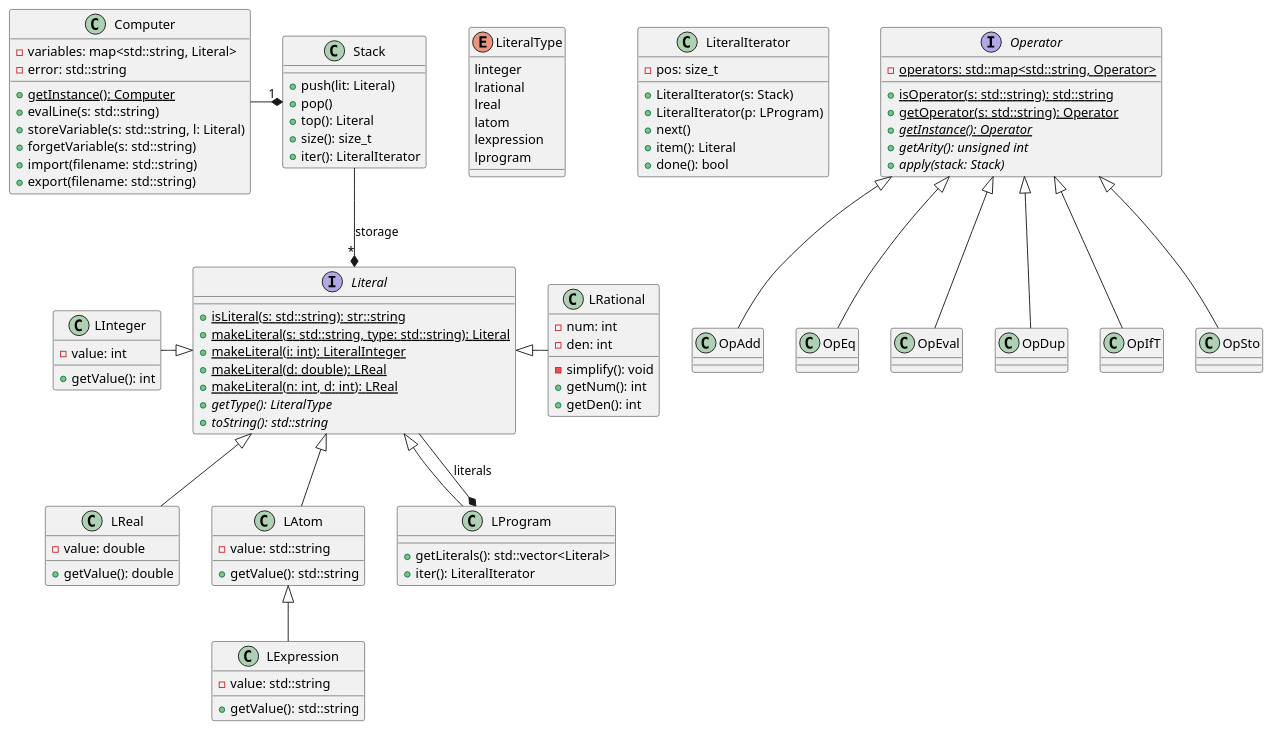
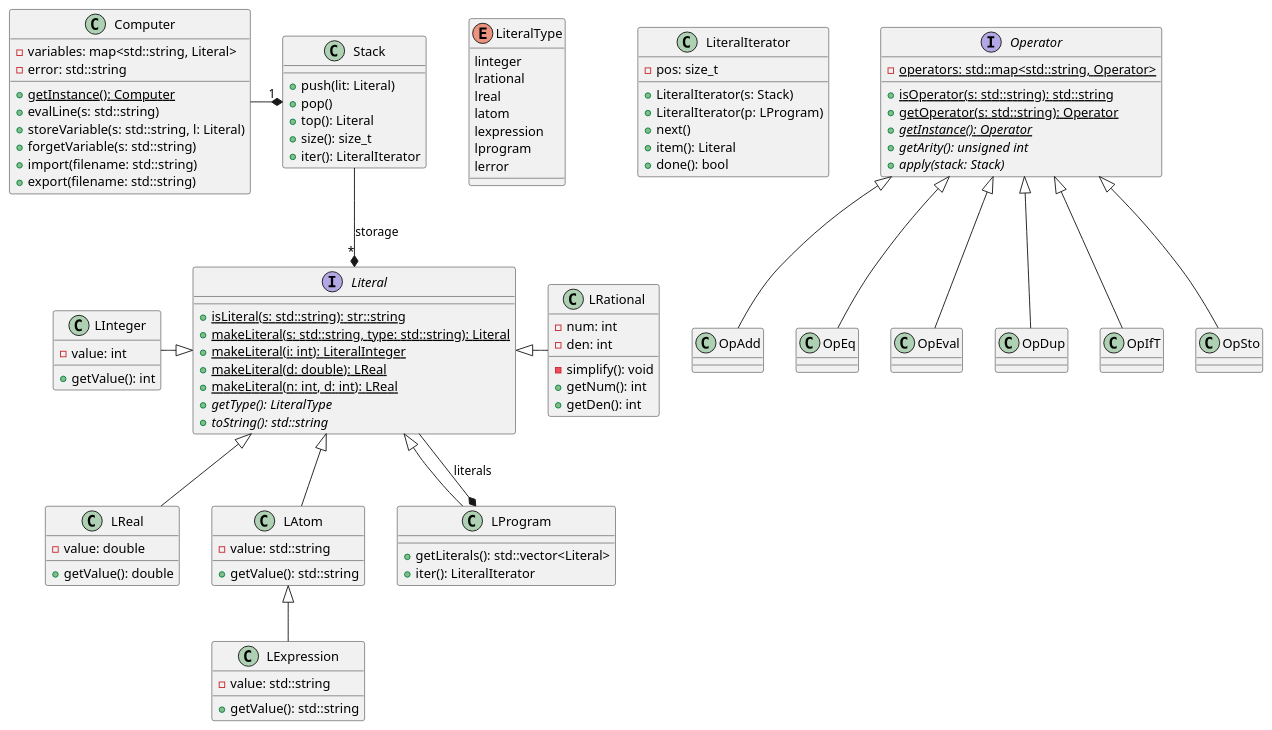
The diagram in UML/comput.plantuml (pltheoclement/LO21), drawn with PlantUML before and after one commit.

Commit message:
ajout de lerror

```diff
--- a/UML/comput.plantuml
+++ b/UML/comput.plantuml
@@ -1,130 +1,131 @@
 @startuml
 
 class Computer{
     -variables: map<std::string, Literal>
     -error: std::string
     +{static}getInstance(): Computer
     +evalLine(s: std::string)
     +storeVariable(s: std::string, l: Literal)
     +forgetVariable(s: std::string)
     +import(filename: std::string)
     +export(filename: std::string)
 }
 Stack "1" *-left- Computer
 
 enum LiteralType{
     linteger
     lrational
     lreal
     latom
     lexpression
     lprogram
+    lerror
 }
 
 interface Literal{
     +{static}isLiteral(s: std::string): str::string
     +{static}makeLiteral(s: std::string, type: std::string): Literal
     +{static}makeLiteral(i: int): LiteralInteger
     +{static}makeLiteral(d: double): LReal
     +{static}makeLiteral(n: int, d: int): LReal
     +{abstract}getType(): LiteralType
     +{abstract}toString(): std::string
 }
 
 class LInteger{
     -value: int
     +getValue(): int
 }
 Literal <|-left- LInteger
 
 class LRational{
     -num: int
     -den: int
     -simplify(): void
     +getNum(): int
     +getDen(): int
 }
 Literal <|-right- LRational
 
 class LReal{
     -value: double
     +getValue(): double
 }
 Literal <|-- LReal
 
 class LAtom{
     -value: std::string
     +getValue(): std::string
 }
 Literal <|-- LAtom
 
 class LExpression{
     -value: std::string
     +getValue(): std::string
 }
 LAtom <|-- LExpression
 
 class LProgram{
     +getLiterals(): std::vector<Literal>
     +iter(): LiteralIterator
 }
 LProgram *-- Literal: literals
 Literal <|-- LProgram
 
 class Stack{
     +push(lit: Literal)
     +pop()
     +top(): Literal
     +size(): size_t
     +iter(): LiteralIterator
 }
 Stack --* "*" Literal: storage
 
 class LiteralIterator{
     -pos: size_t
     +LiteralIterator(s: Stack)
     +LiteralIterator(p: LProgram)
     +next()
     +item(): Literal
     +done(): bool
 }
 
 interface Operator{
     -{static}operators: std::map<std::string, Operator>
     +{static}isOperator(s: std::string): std::string
     +{static}getOperator(s: std::string): Operator
     +{static}{abstract}getInstance(): Operator
     +{abstract}getArity(): unsigned int
     +{abstract}apply(stack: Stack)
 }
 
 Operator <|-- OpAdd
 'Operator <|-- OpSub
 'Operator <|-- OpMul
 'Operator <|-- OpDiv
 'Operator <|-- OpDivI
 'Operator <|-- OpMod
 'Operator <|-- OpNeg
 '
 Operator <|-- OpEq
 'Operator <|-- OpNEq
 'Operator <|-- OpSup
 'Operator <|-- OpInf
 'Operator <|-- OpSupE
 'Operator <|-- OpInfE
 'Operator <|-- OpAnd
 'Operator <|-- OpOr
 'Operator <|-- OpNot
 '
 Operator <|-- OpEval
 '
 Operator <|-- OpDup
 'Operator <|-- OpDrop
 'Operator <|-- OpSwap
 'Operator <|-- OpClear
 '
 Operator <|-- OpIfT
 '
 Operator <|-- OpSto
 'Operator <|-- OpForget
 @enduml
```
